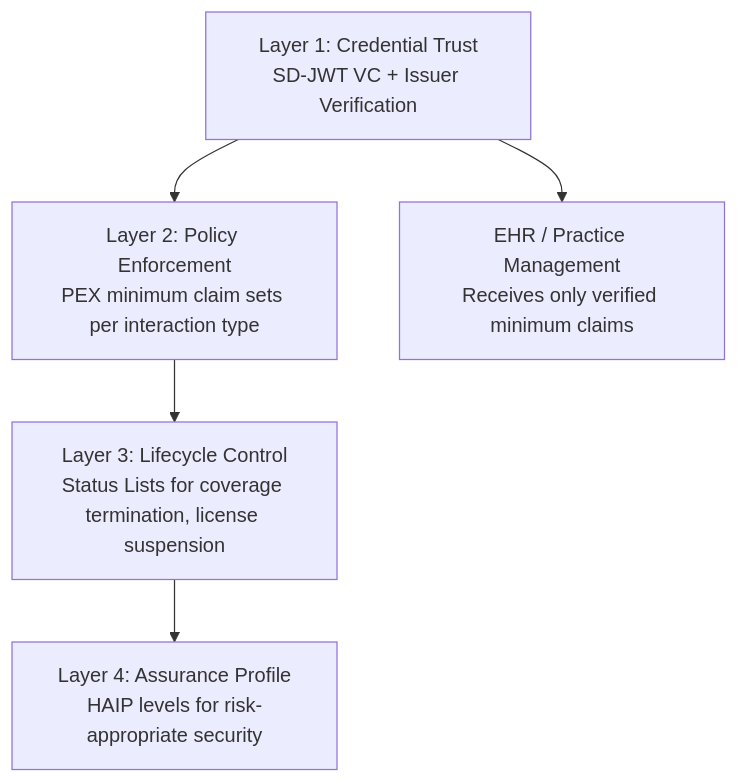
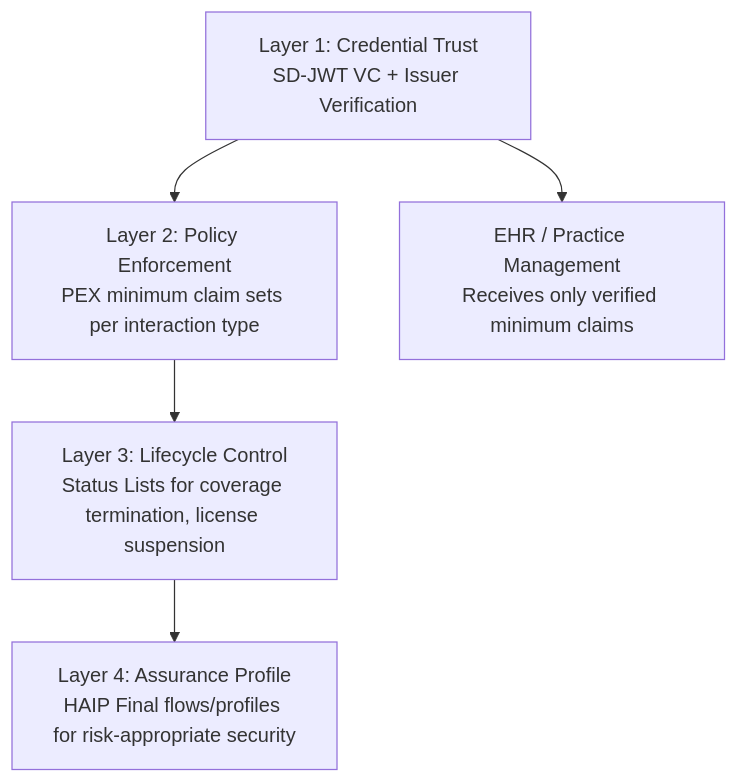
The third of 3 diagrams in docs/use-cases/healthcare-credential-verification.md (openwallet-foundation-labs/sd-jwt-dotnet), drawn with Mermaid before and after one commit. The commit also changed other lines of this file and 56 other files, not shown here.

````diff
--- a/docs/use-cases/healthcare-credential-verification.md
+++ b/docs/use-cases/healthcare-credential-verification.md
@@ -147,7 +147,7 @@
 ```mermaid
 flowchart TB
     L1["Layer 1: Credential Trust<br>SD-JWT VC + Issuer Verification"] --> L2["Layer 2: Policy Enforcement<br>PEX minimum claim sets per interaction type"]
     L2 --> L3["Layer 3: Lifecycle Control<br>Status Lists for coverage termination, license suspension"]
-    L3 --> L4["Layer 4: Assurance Profile<br>HAIP levels for risk-appropriate security"]
+    L3 --> L4["Layer 4: Assurance Profile<br>HAIP Final flows/profiles for risk-appropriate security"]
     L1 --> EHR["EHR / Practice Management<br>Receives only verified minimum claims"]
 ```
````
